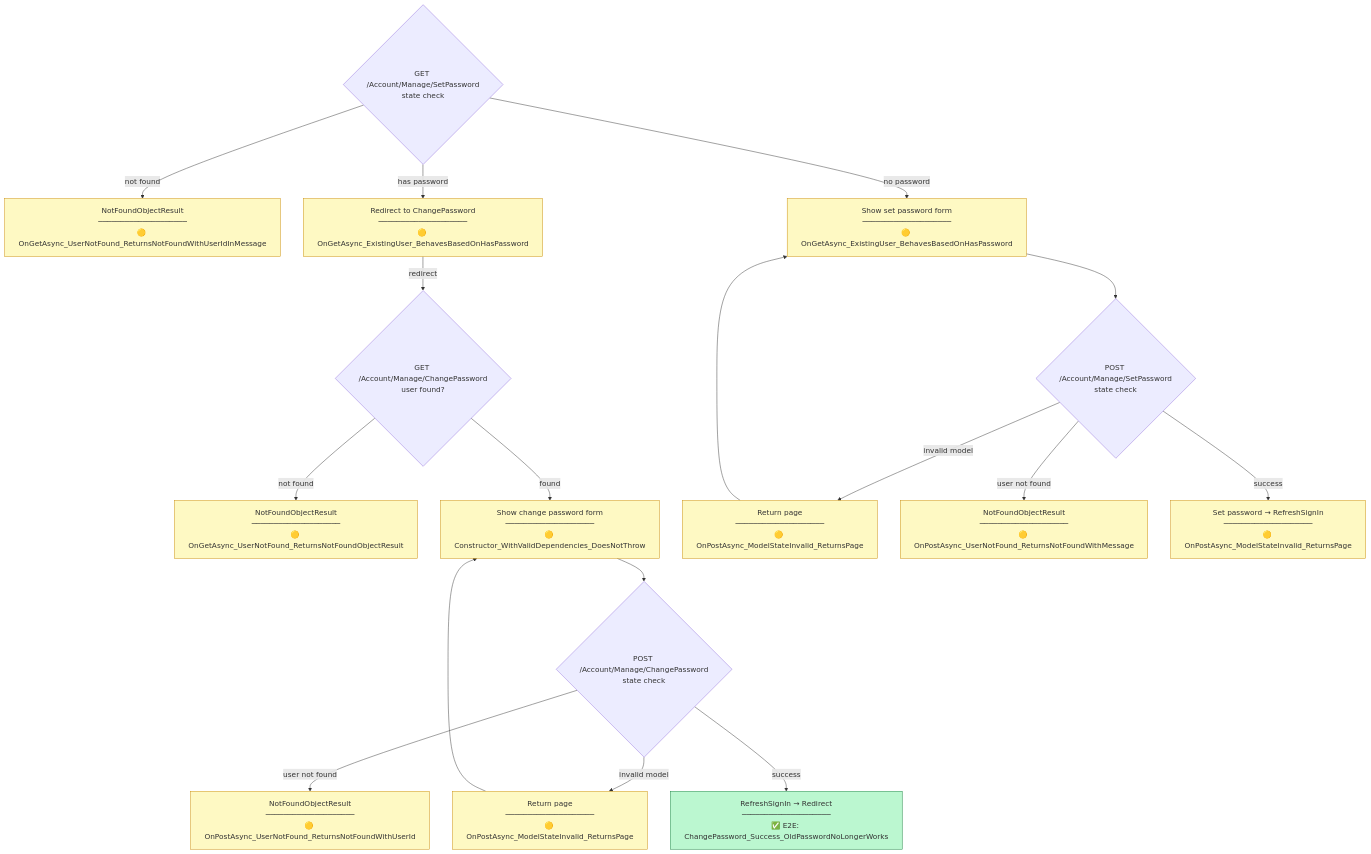
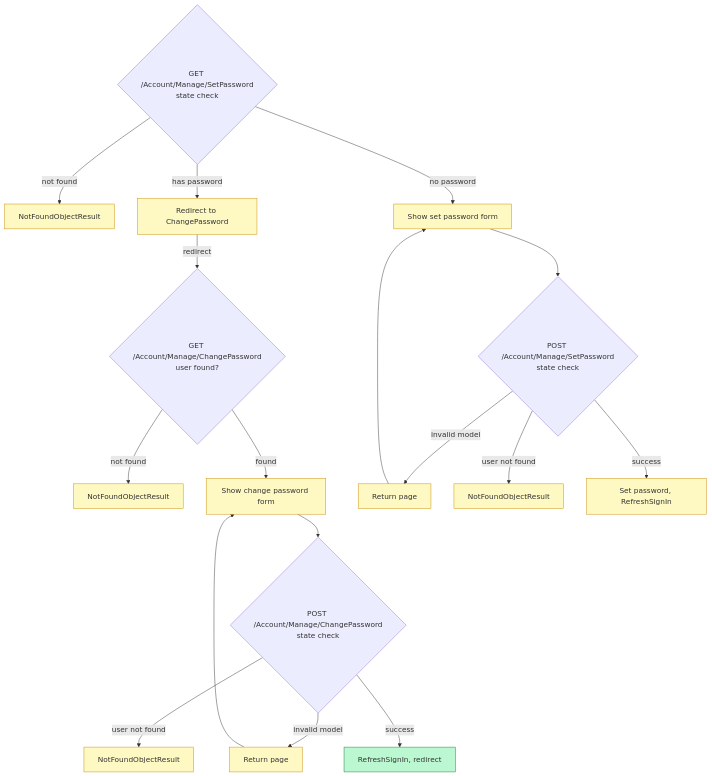
The tenth of 16 diagrams in TESTING.md (crgolden/Identity), drawn with Mermaid before and after one commit. The commit also changed other lines of this file and 15 other files, not shown here.

````diff
--- a/TESTING.md
+++ b/TESTING.md
@@ -756,53 +764,53 @@
 ```mermaid
 flowchart TD
     classDef covered fill:#bbf7d0,stroke:#15803d
     classDef unitOnly fill:#fef9c3,stroke:#ca8a04
     classDef partial fill:#fed7aa,stroke:#ea580c
 
     ChangePwdGET{"GET /Account/Manage/ChangePassword\nuser found?"}
 
-    ChangePwdNotFound["NotFoundObjectResult\n────────────────────\n🟡 OnGetAsync_UserNotFound_ReturnsNotFoundObjectResult"]:::unitOnly
+    ChangePwdNotFound["NotFoundObjectResult"]:::unitOnly
 
-    ChangePwdForm["Show change password form\n────────────────────\n🟡 Constructor_WithValidDependencies_DoesNotThrow"]:::unitOnly
+    ChangePwdForm["Show change password form"]:::unitOnly
 
     ChangePwdPOST{"POST /Account/Manage/ChangePassword\nstate check"}
 
-    ChangePwdInvalid["Return page\n────────────────────\n🟡 OnPostAsync_ModelStateInvalid_ReturnsPage"]:::unitOnly
+    ChangePwdInvalid["Return page"]:::unitOnly
 
-    ChangePwdUserNotFound["NotFoundObjectResult\n────────────────────\n🟡 OnPostAsync_UserNotFound_ReturnsNotFoundWithUserId"]:::unitOnly
+    ChangePwdUserNotFound["NotFoundObjectResult"]:::unitOnly
 
-    ChangePwdSuccess["RefreshSignIn → Redirect\n────────────────────\n✅ E2E: ChangePassword_Success_OldPasswordNoLongerWorks"]:::covered
+    ChangePwdSuccess["RefreshSignIn, redirect"]:::covered
 
     SetPwdGET{"GET /Account/Manage/SetPassword\nstate check"}
 
-    SetPwdNotFound["NotFoundObjectResult\n────────────────────\n🟡 OnGetAsync_UserNotFound_ReturnsNotFoundWithUserIdInMessage"]:::unitOnly
+    SetPwdNotFound["NotFoundObjectResult"]:::unitOnly
 
-    SetPwdHasPwd["Redirect to ChangePassword\n────────────────────\n🟡 OnGetAsync_ExistingUser_BehavesBasedOnHasPassword"]:::unitOnly
+    SetPwdHasPwd["Redirect to ChangePassword"]:::unitOnly
 
-    SetPwdForm["Show set password form\n────────────────────\n🟡 OnGetAsync_ExistingUser_BehavesBasedOnHasPassword"]:::unitOnly
+    SetPwdForm["Show set password form"]:::unitOnly
 
     SetPwdPOST{"POST /Account/Manage/SetPassword\nstate check"}
 
-    SetPwdInvalid["Return page\n────────────────────\n🟡 OnPostAsync_ModelStateInvalid_ReturnsPage"]:::unitOnly
+    SetPwdInvalid["Return page"]:::unitOnly
 
-    SetPwdNotFoundPost["NotFoundObjectResult\n────────────────────\n🟡 OnPostAsync_UserNotFound_ReturnsNotFoundWithMessage"]:::unitOnly
+    SetPwdNotFoundPost["NotFoundObjectResult"]:::unitOnly
 
-    SetPwdSuccess["Set password → RefreshSignIn\n────────────────────\n🟡 OnPostAsync_ModelStateInvalid_ReturnsPage"]:::unitOnly
+    SetPwdSuccess["Set password, RefreshSignIn"]:::unitOnly
 
     ChangePwdGET -->|"not found"| ChangePwdNotFound
     ChangePwdGET -->|"found"| ChangePwdForm
     ChangePwdForm --> ChangePwdPOST
     ChangePwdPOST -->|"invalid model"| ChangePwdInvalid
     ChangePwdInvalid --> ChangePwdForm
     ChangePwdPOST -->|"user not found"| ChangePwdUserNotFound
     ChangePwdPOST -->|"success"| ChangePwdSuccess
     SetPwdGET -->|"not found"| SetPwdNotFound
     SetPwdGET -->|"has password"| SetPwdHasPwd
     SetPwdHasPwd -->|"redirect"| ChangePwdGET
     SetPwdGET -->|"no password"| SetPwdForm
     SetPwdForm --> SetPwdPOST
     SetPwdPOST -->|"invalid model"| SetPwdInvalid
     SetPwdInvalid --> SetPwdForm
     SetPwdPOST -->|"user not found"| SetPwdNotFoundPost
     SetPwdPOST -->|"success"| SetPwdSuccess
 ```
````
